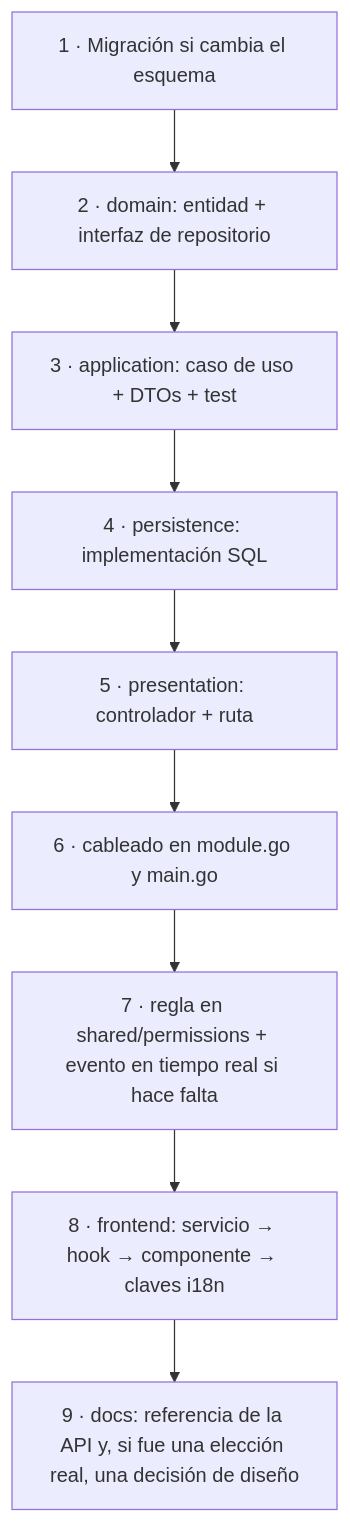
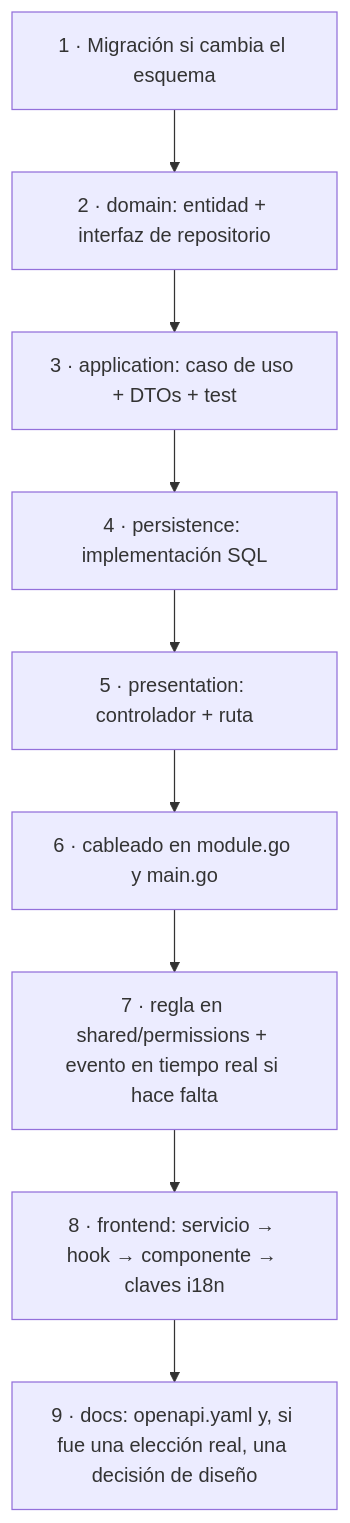
One commit to TonyGLL/webchat changed the second of 2 diagrams in docs/es/contributing.md. Above: the diagram before and after it, drawn with Mermaid. The commit also changed other lines of this file and 15 other files, not shown here.

Commit message:
OpenAPI 3.1 contract served with Scalar at /docs (roadmap phase 6)

````diff
--- a/docs/es/contributing.md
+++ b/docs/es/contributing.md
@@ -55,11 +56,11 @@
 ```mermaid
 flowchart TB
     S1[1 · Migración si cambia el esquema] --> S2[2 · domain: entidad + interfaz de repositorio]
     S2 --> S3[3 · application: caso de uso + DTOs + test]
     S3 --> S4[4 · persistence: implementación SQL]
     S4 --> S5[5 · presentation: controlador + ruta]
     S5 --> S6[6 · cableado en module.go y main.go]
     S6 --> S7[7 · regla en shared/permissions + evento en tiempo real si hace falta]
     S7 --> S8[8 · frontend: servicio → hook → componente → claves i18n]
-    S8 --> S9[9 · docs: referencia de la API y, si fue una elección real, una decisión de diseño]
+    S8 --> S9[9 · docs: openapi.yaml y, si fue una elección real, una decisión de diseño]
 ```
````
